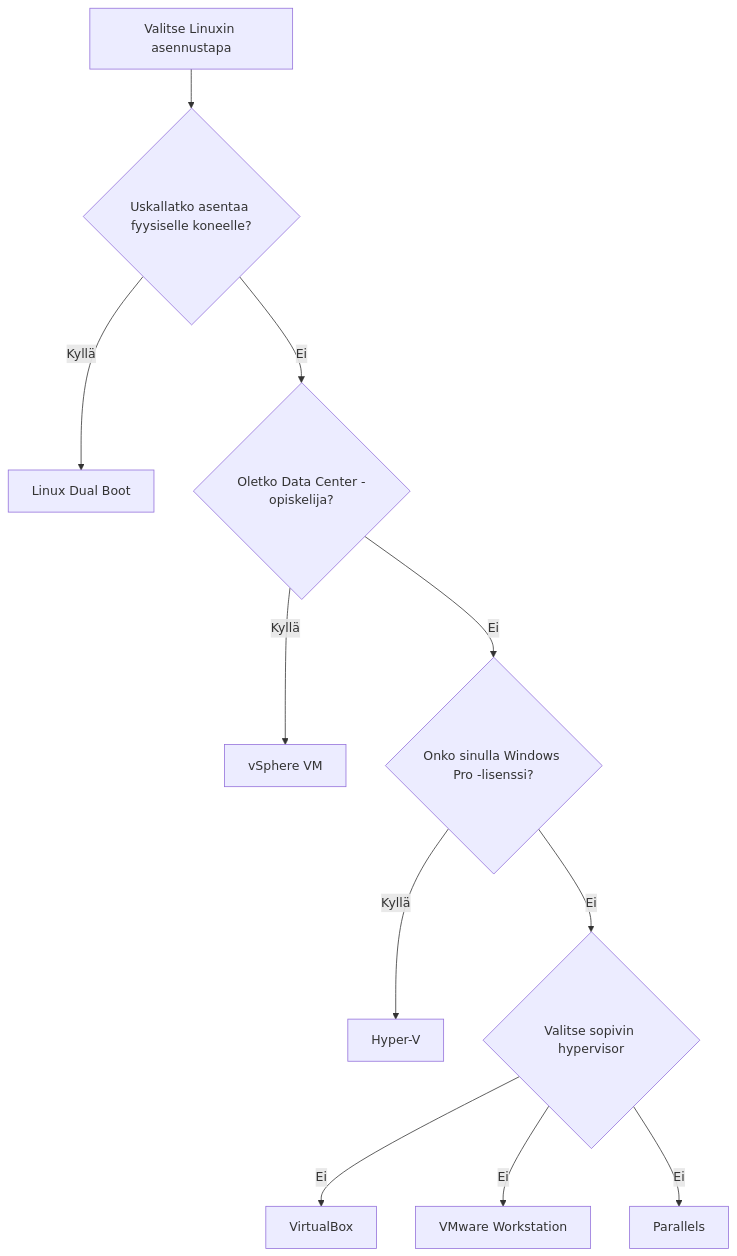
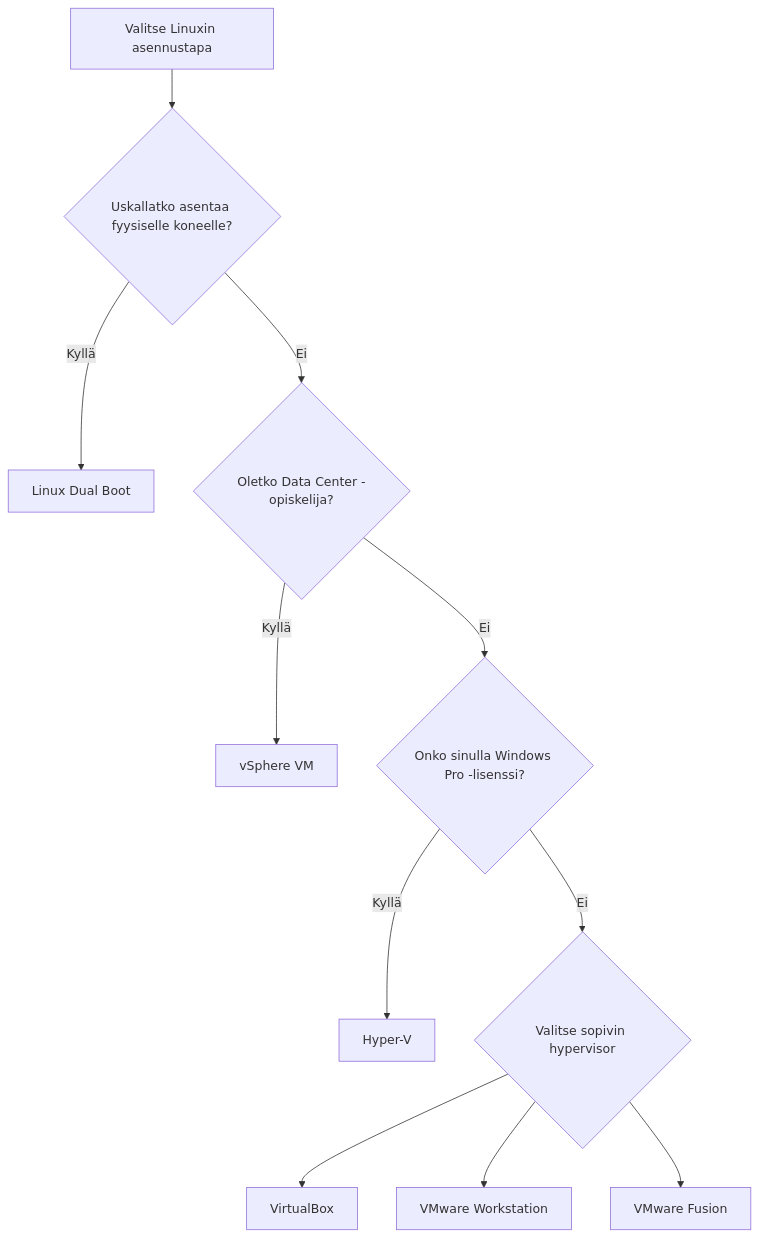
One commit to sourander/linux-perusteet changed the diagram in docs/asennus/aloita.md. Above: the diagram before and after it, drawn with Mermaid. The commit also changed other lines of this file and 8 other files, not shown here.

````diff
--- a/docs/asennus/aloita.md
+++ b/docs/asennus/aloita.md
@@ -43,13 +44,13 @@
 ```mermaid
 graph TD
     A[Valitse Linuxin asennustapa] --> B{Uskallatko asentaa fyysiselle koneelle?}
     B -->|Kyllä| C[Linux Dual Boot]
     B -->|Ei| D{Oletko Data Center -opiskelija?}
     D -->|Kyllä| E[vSphere VM]
     D -->|Ei| F{Onko sinulla Windows Pro -lisenssi?}
     F -->|Kyllä| G[Hyper-V]
     F -->|Ei| H{Valitse sopivin hypervisor}
-    H -->|Ei| J[VirtualBox]
-    H -->|Ei| K[VMware Workstation]
-    H -->|Ei| L[Parallels]
+    H --> J[VirtualBox]
+    H --> K[VMware Workstation]
+    H --> Mac[VMware Fusion]
 ```
````
